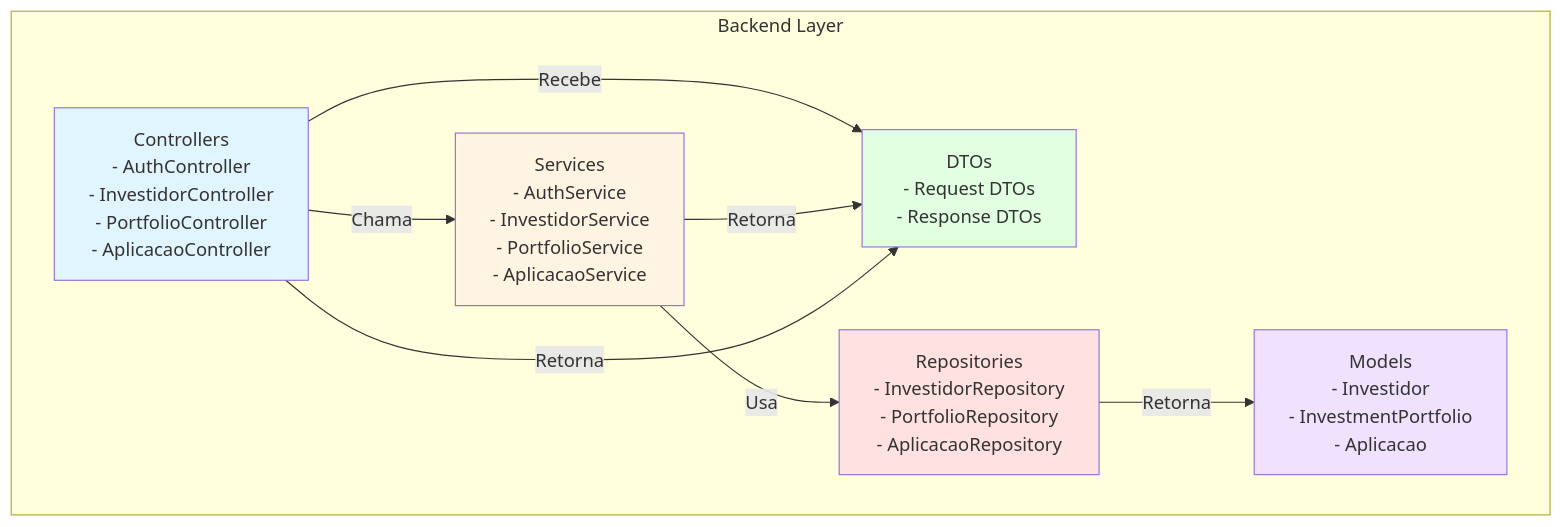
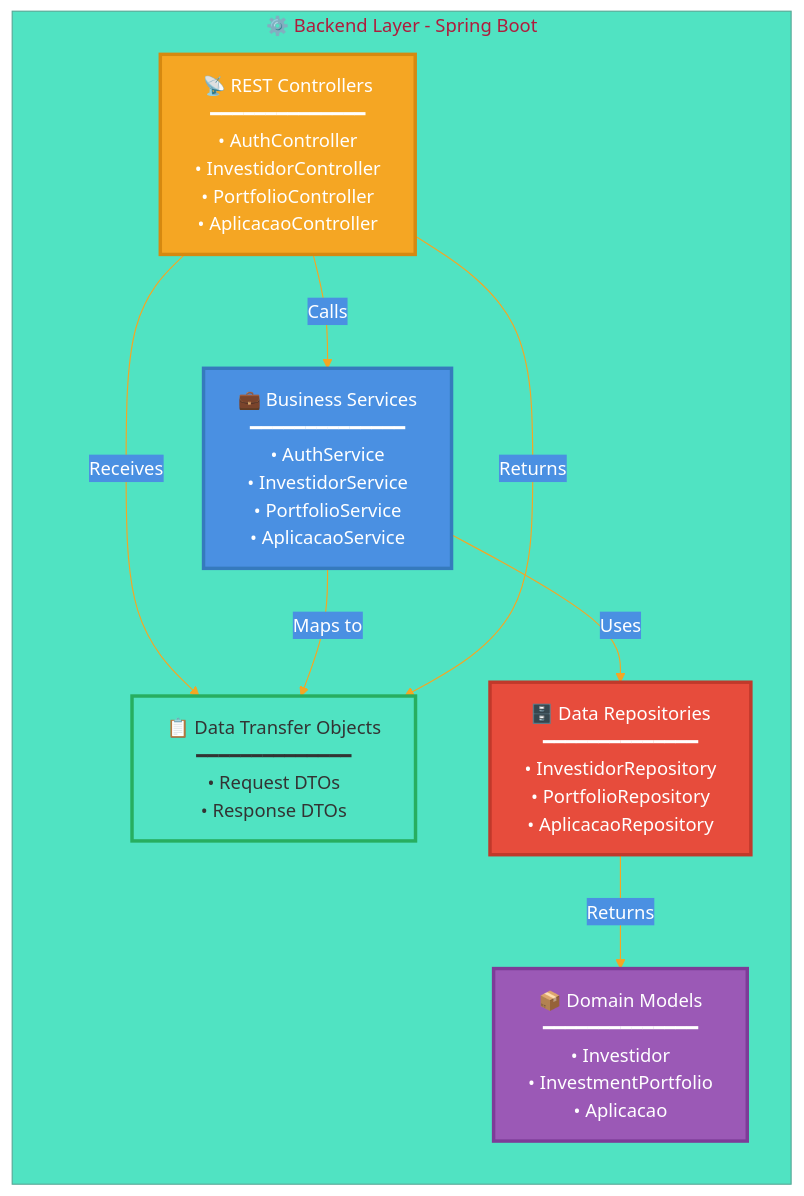
Before and after one commit to caiohrmm/TCC-BartoFinance: the third of 20 diagrams in DOCUMENTACAO_ARQUITETURA_CAMADAS.md, drawn with Mermaid. The commit also changed other lines of this file, not shown here.

````diff
--- a/DOCUMENTACAO_ARQUITETURA_CAMADAS.md
+++ b/DOCUMENTACAO_ARQUITETURA_CAMADAS.md
@@ -118,23 +138,31 @@
 ```mermaid
+%%{init: {'theme':'base', 'themeVariables': { 'primaryColor':'#F5A623','primaryTextColor':'#fff','primaryBorderColor':'#D68910','lineColor':'#F5A623','secondaryColor':'#4A90E2','tertiaryColor':'#50E3C2'}}}%%
 graph TB
-    subgraph BackendLayer["Backend Layer"]
-        Controllers["Controllers<br/>- AuthController<br/>- InvestidorController<br/>- PortfolioController<br/>- AplicacaoController"]
-        Services["Services<br/>- AuthService<br/>- InvestidorService<br/>- PortfolioService<br/>- AplicacaoService"]
-        Repositories["Repositories<br/>- InvestidorRepository<br/>- PortfolioRepository<br/>- AplicacaoRepository"]
-        Models["Models<br/>- Investidor<br/>- InvestmentPortfolio<br/>- Aplicacao"]
-        DTOs["DTOs<br/>- Request DTOs<br/>- Response DTOs"]
+    subgraph BackendLayer["⚙️ Backend Layer - Spring Boot"]
+        direction TB
+        Controllers["📡 REST Controllers<br/>━━━━━━━━━━━━━━<br/>• AuthController<br/>• InvestidorController<br/>• PortfolioController<br/>• AplicacaoController"]
+        Services["💼 Business Services<br/>━━━━━━━━━━━━━━<br/>• AuthService<br/>• InvestidorService<br/>• PortfolioService<br/>• AplicacaoService"]
+        Repositories["🗄️ Data Repositories<br/>━━━━━━━━━━━━━━<br/>• InvestidorRepository<br/>• PortfolioRepository<br/>• AplicacaoRepository"]
+        Models["📦 Domain Models<br/>━━━━━━━━━━━━━━<br/>• Investidor<br/>• InvestmentPortfolio<br/>• Aplicacao"]
+        DTOs["📋 Data Transfer Objects<br/>━━━━━━━━━━━━━━<br/>• Request DTOs<br/>• Response DTOs"]
     end
     
-    Controllers -->|Recebe| DTOs
-    Controllers -->|Chama| Services
-    Services -->|Usa| Repositories
-    Repositories -->|Retorna| Models
-    Services -->|Retorna| DTOs
-    Controllers -->|Retorna| DTOs
+    Controllers -->|"Receives"| DTOs
+    Controllers -->|"Calls"| Services
+    Services -->|"Uses"| Repositories
+    Repositories -->|"Returns"| Models
+    Services -->|"Maps to"| DTOs
+    Controllers -->|"Returns"| DTOs
     
-    style Controllers fill:#e1f5ff
-    style Services fill:#fff4e1
-    style Repositories fill:#ffe1e1
-    style Models fill:#f0e1ff
-    style DTOs fill:#e1ffe1
+    classDef controllerStyle fill:#F5A623,stroke:#D68910,stroke-width:3px,color:#fff
+    classDef serviceStyle fill:#4A90E2,stroke:#357ABD,stroke-width:3px,color:#fff
+    classDef repositoryStyle fill:#E74C3C,stroke:#C0392B,stroke-width:3px,color:#fff
+    classDef modelStyle fill:#9B59B6,stroke:#7D3C98,stroke-width:3px,color:#fff
+    classDef dtoStyle fill:#50E3C2,stroke:#27AE60,stroke-width:3px,color:#333
+    
+    class Controllers controllerStyle
+    class Services serviceStyle
+    class Repositories repositoryStyle
+    class Models modelStyle
+    class DTOs dtoStyle
 ```
````
